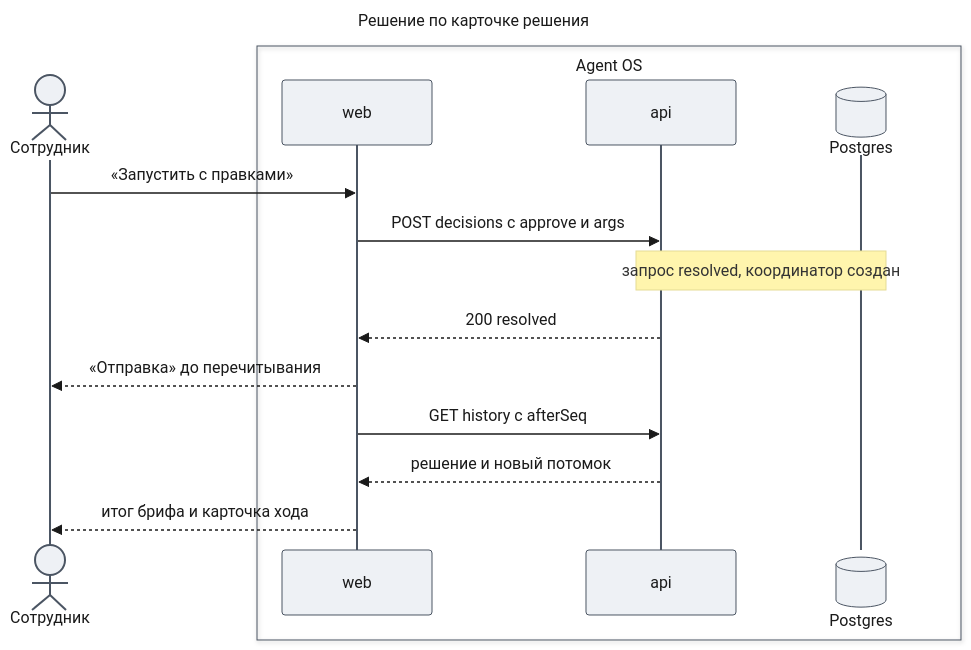
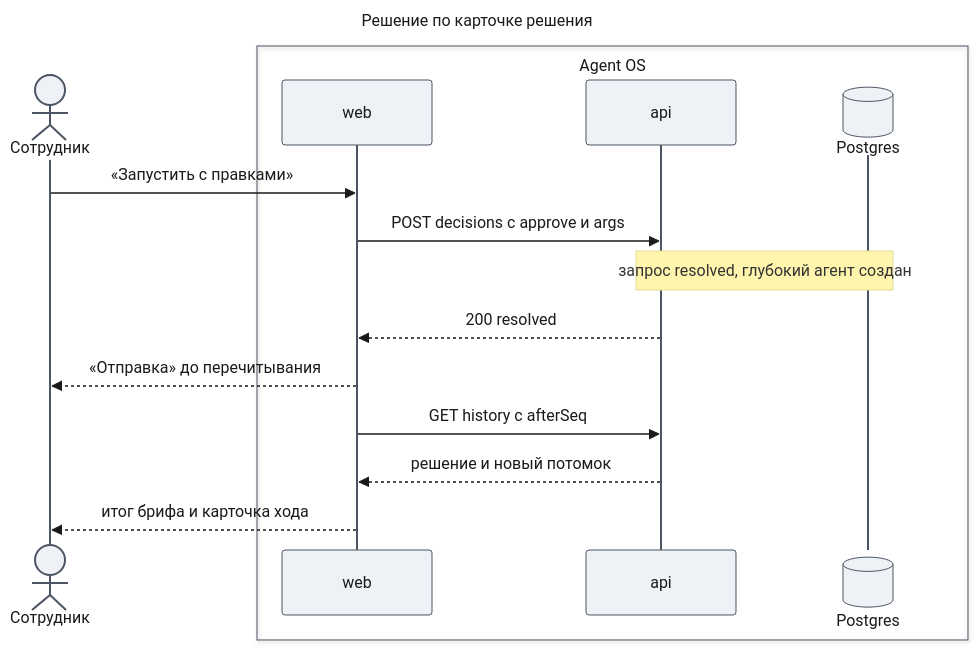
One commit to tundraray/agent-os changed the third of 5 diagrams in docs/features/agent-platform/design-web.md. Above: the diagram before and after it, drawn with Mermaid. The commit also changed other lines of this file and 1225 other files, not shown here.

````diff
--- a/docs/features/agent-platform/design-web.md
+++ b/docs/features/agent-platform/design-web.md
@@ -291,38 +281,38 @@
 ```mermaid
 ---
 title: "Решение по карточке решения"
 config:
   theme: base
   look: classic
   themeVariables:
     primaryColor: "#eef1f5"
     primaryBorderColor: "#4b5563"
     primaryTextColor: "#1a1a1a"
     lineColor: "#6b7280"
   themeCSS: |
     @keyframes lit_s2{0%,12.86%{stroke:#991b1b;stroke-width:6px}14.29%,100%{stroke:#37474f;stroke-width:2px}}
     @keyframes litr_s2{0%,12.86%{stroke:#1d4ed8;stroke-width:6px}14.29%,100%{stroke:#37474f;stroke-width:2px}}
     .messageLine0[data-id='i0'],.messageLine1[data-id='i0']{animation:lit_s2 8.4s linear 0s infinite}
     .messageLine0[data-id='i1'],.messageLine1[data-id='i1']{animation:lit_s2 8.4s linear 1.2s infinite}
     .messageLine0[data-id='i3'],.messageLine1[data-id='i3']{animation:litr_s2 8.4s linear 2.4s infinite}
     .messageLine0[data-id='i4'],.messageLine1[data-id='i4']{animation:litr_s2 8.4s linear 3.6s infinite}
     .messageLine0[data-id='i5'],.messageLine1[data-id='i5']{animation:litr_s2 8.4s linear 4.8s infinite}
     .messageLine0[data-id='i6'],.messageLine1[data-id='i6']{animation:litr_s2 8.4s linear 6s infinite}
     .messageLine0[data-id='i7'],.messageLine1[data-id='i7']{animation:litr_s2 8.4s linear 7.2s infinite}
 ---
 sequenceDiagram
     actor U as Сотрудник
     box Agent OS
         participant W as web
         participant A as api
         participant DB@{ "type": "database" } as Postgres
     end
     U->>W: «Запустить с правками»
     W->>A: POST decisions с approve и args
-    Note over A,DB: запрос resolved, координатор создан
+    Note over A,DB: запрос resolved, глубокий агент создан
     A-->>W: 200 resolved
     W-->>U: «Отправка» до перечитывания
     W->>A: GET history с afterSeq
     A-->>W: решение и новый потомок
     W-->>U: итог брифа и карточка хода
 ```
````
